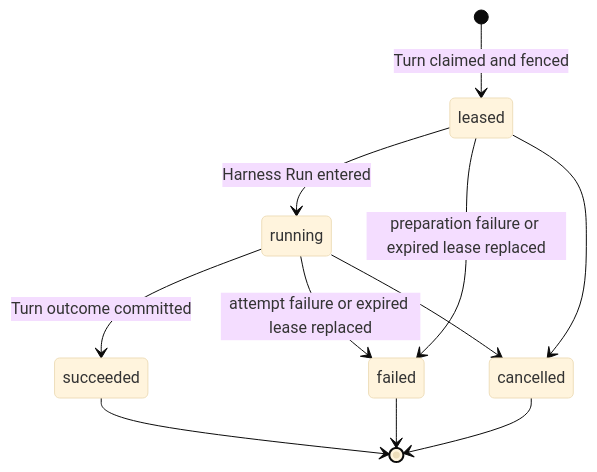
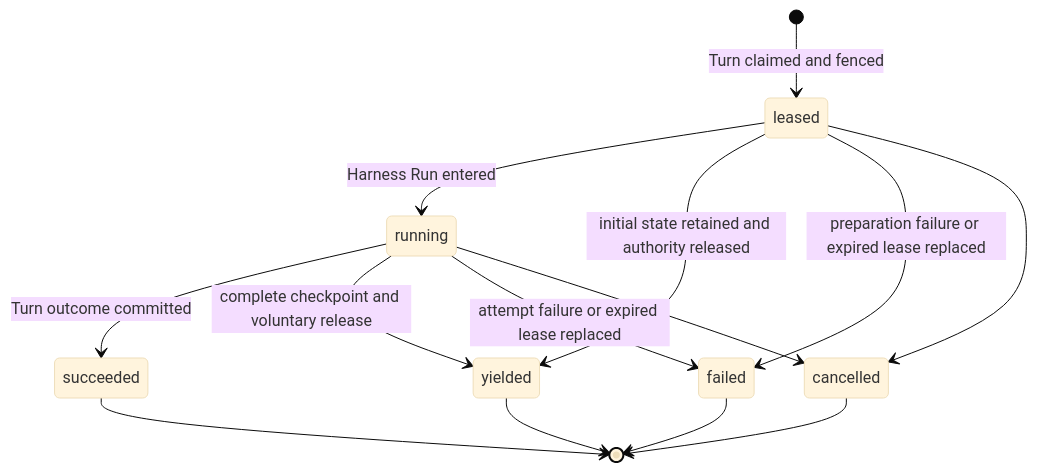
The diagram in spec/foundation-service/15-turn-attempt-persistence.md (LTThreeComma/agent-foundation), drawn with Mermaid (base theme) before and after one commit. The commit also changed other lines of this file and 33 other files, not shown here.

````diff
--- a/spec/foundation-service/15-turn-attempt-persistence.md
+++ b/spec/foundation-service/15-turn-attempt-persistence.md
@@ -199,13 +146,16 @@
 ```mermaid
 stateDiagram-v2
     [*] --> leased: Turn claimed and fenced
     leased --> running: Harness Run entered
+    leased --> yielded: initial state retained and authority released
     leased --> failed: preparation failure or expired lease replaced
     leased --> cancelled
     running --> succeeded: Turn outcome committed
+    running --> yielded: complete checkpoint and voluntary release
     running --> failed: attempt failure or expired lease replaced
     running --> cancelled
     succeeded --> [*]
+    yielded --> [*]
     failed --> [*]
     cancelled --> [*]
 ```
````
